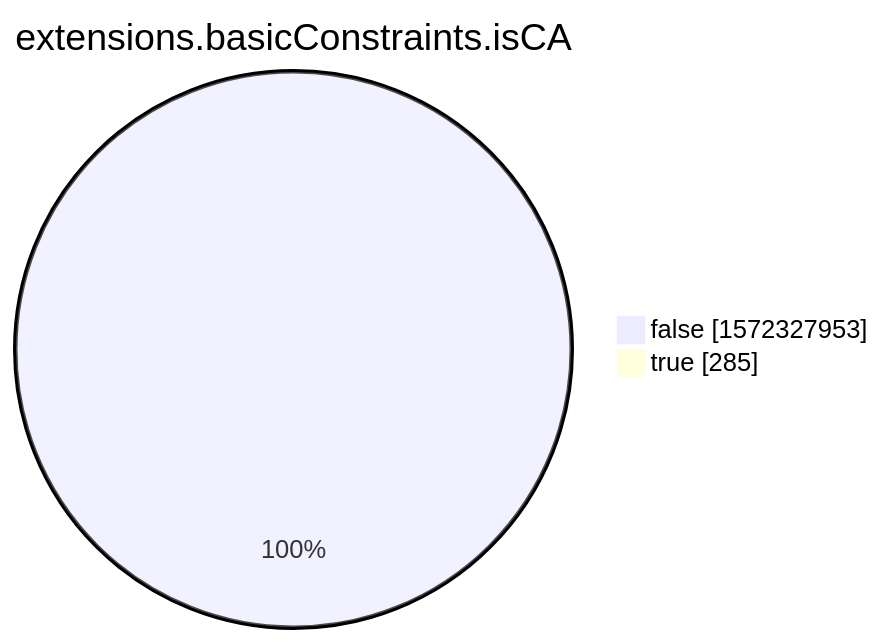
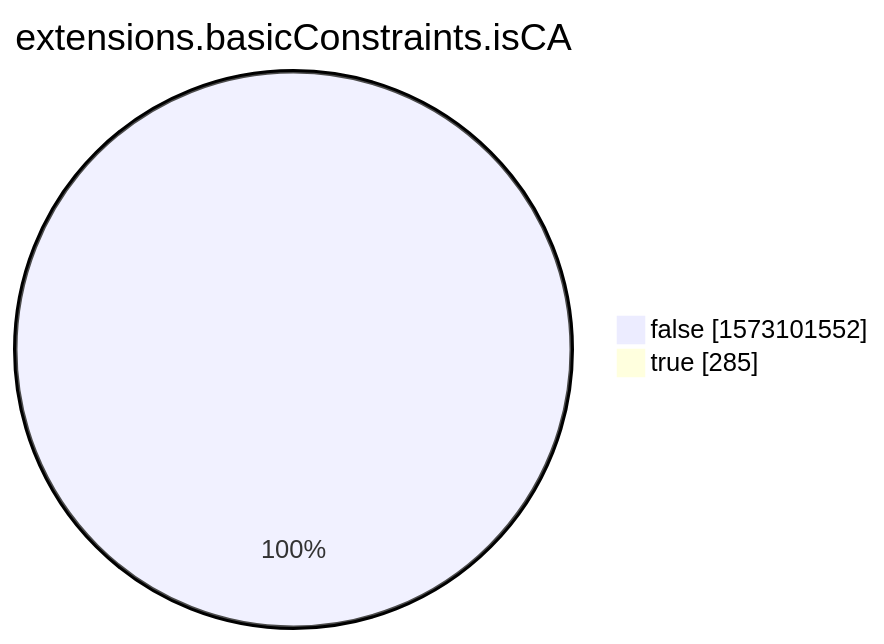
One commit to christiankrug/ctmonitor_visualization changed the eighth of 15 diagrams in xenon2022/README.md. Above: the diagram before and after it, drawn with Mermaid. The commit also changed other lines of this file, not shown here.

````diff
--- a/xenon2022/README.md
+++ b/xenon2022/README.md
@@ -2861,6 +2861,6 @@
 ```mermaid
 pie showData
 title extensions.basicConstraints.isCA
-"false" :1572327953
+"false" :1573101552
 "true" :285
 ```
````
